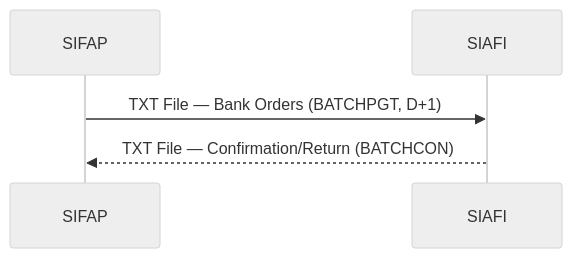
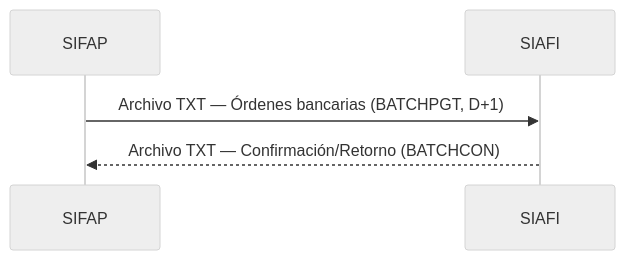
Before and after one commit to paulasilvatech/datacorp-sifap-team-kit-pt-br: the fourth of 6 diagrams in 01-archaeology/legacy-sifap/legacy-docs/ORIGINAL-ARCHITECTURE-1997.md, drawn with Mermaid. The commit also changed other lines of this file and 386 other files, not shown here.

````diff
--- a/01-archaeology/legacy-sifap/legacy-docs/ORIGINAL-ARCHITECTURE-1997.md
+++ b/01-archaeology/legacy-sifap/legacy-docs/ORIGINAL-ARCHITECTURE-1997.md
@@ -316,9 +316,9 @@
 ```mermaid
 %%{init: {'theme':'neutral','themeVariables':{'fontFamily':'ui-sans-serif, system-ui, sans-serif','primaryColor':'#F5F5F5','primaryTextColor':'#171717','primaryBorderColor':'#171717','lineColor':'#525252','secondaryColor':'#FFFFFF','tertiaryColor':'#FAFAFA','background':'#FFFFFF'}}}%%
 sequenceDiagram
     participant SIFAP
     participant SIAFI
 
-    SIFAP->>SIAFI: TXT File — Bank Orders (BATCHPGT, D+1)
-    SIAFI-->>SIFAP: TXT File — Confirmation/Return (BATCHCON)
+    SIFAP->>SIAFI: Archivo TXT — Órdenes bancarias (BATCHPGT, D+1)
+    SIAFI-->>SIFAP: Archivo TXT — Confirmación/Retorno (BATCHCON)
 ```
````
